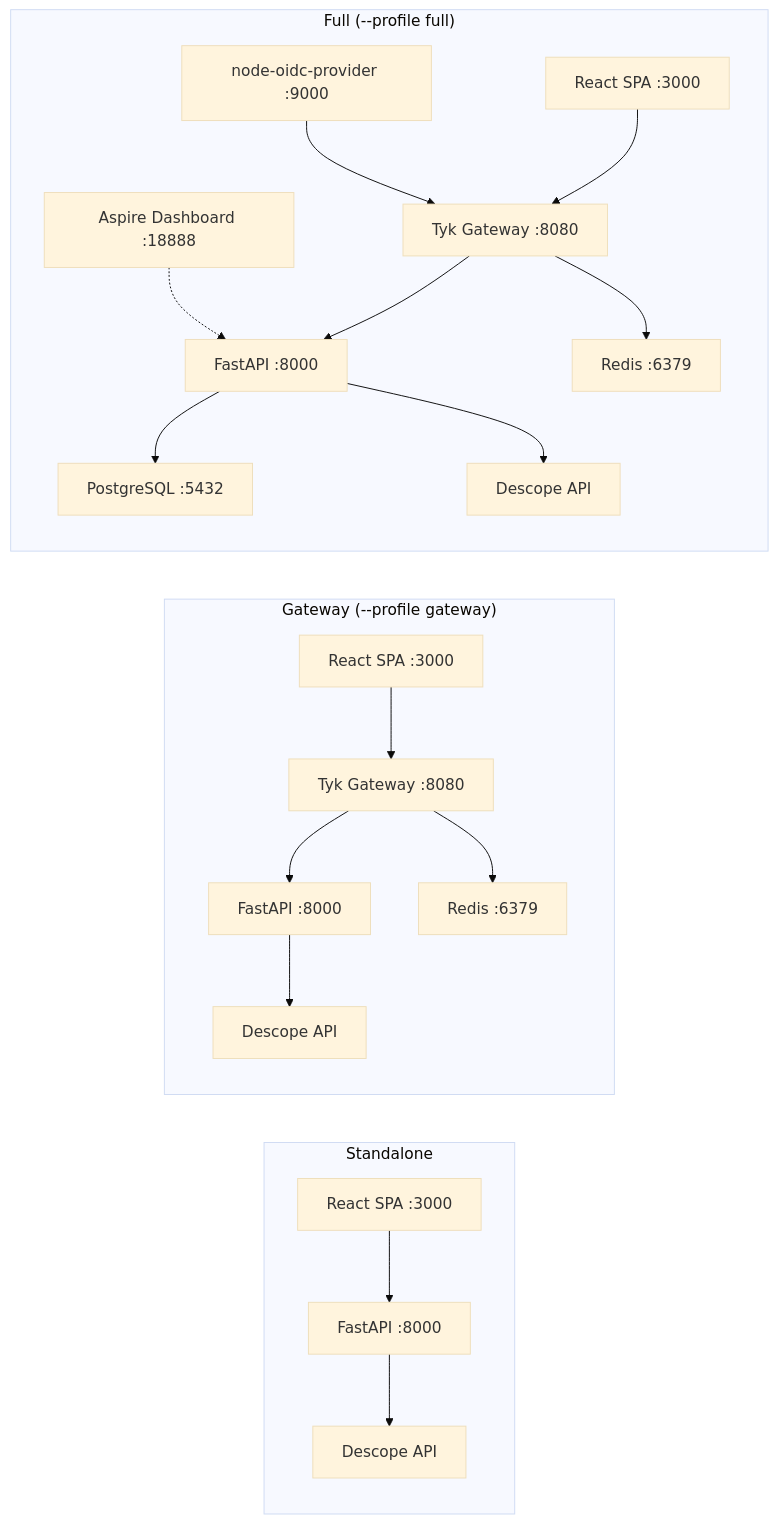
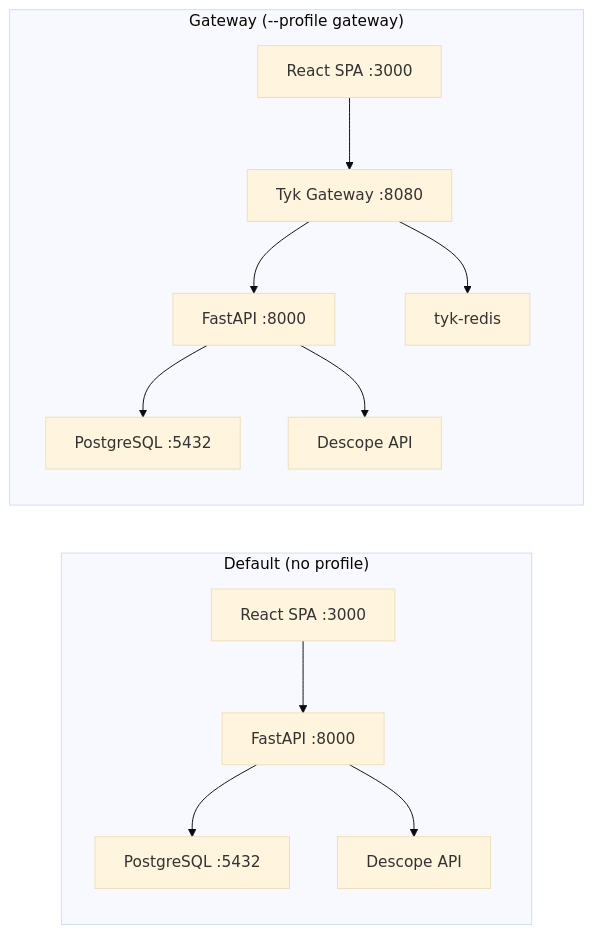
Before and after one commit to jamescrowley321/identity-stack-planning: the fourth of 5 diagrams in docs/system-architecture.md, drawn with Mermaid (base theme). The commit also changed other lines of this file and 26 other files, not shown here.

````diff
--- a/docs/system-architecture.md
+++ b/docs/system-architecture.md
@@ -296,25 +301,16 @@
 ```mermaid
 graph LR
-    subgraph standalone["Standalone"]
+    subgraph standalone["Default (no profile)"]
         SPA1[React SPA :3000] --> API1[FastAPI :8000]
+        API1 --> PG1[PostgreSQL :5432]
         API1 --> DESC1[Descope API]
     end
 
     subgraph gateway["Gateway (--profile gateway)"]
         SPA2[React SPA :3000] --> TYK[Tyk Gateway :8080]
         TYK --> API2[FastAPI :8000]
-        TYK --> REDIS[Redis :6379]
+        TYK --> REDIS[tyk-redis]
+        API2 --> PG2[PostgreSQL :5432]
         API2 --> DESC2[Descope API]
     end
-
-    subgraph full["Full (--profile full)"]
-        SPA3[React SPA :3000] --> TYK2[Tyk Gateway :8080]
-        TYK2 --> API3[FastAPI :8000]
-        TYK2 --> REDIS2[Redis :6379]
-        API3 --> PG[PostgreSQL :5432]
-        API3 --> DESC3[Descope API]
-        OIDC[node-oidc-provider :9000] --> TYK2
-        ASPIRE[Aspire Dashboard :18888]
-        ASPIRE -.-> API3
-    end
 ```
````
